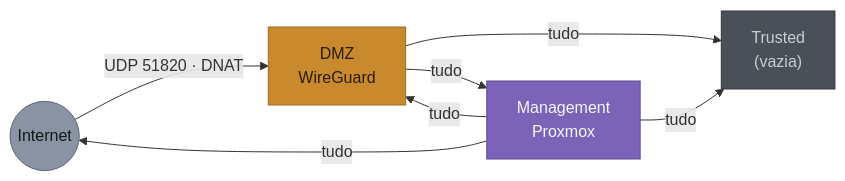
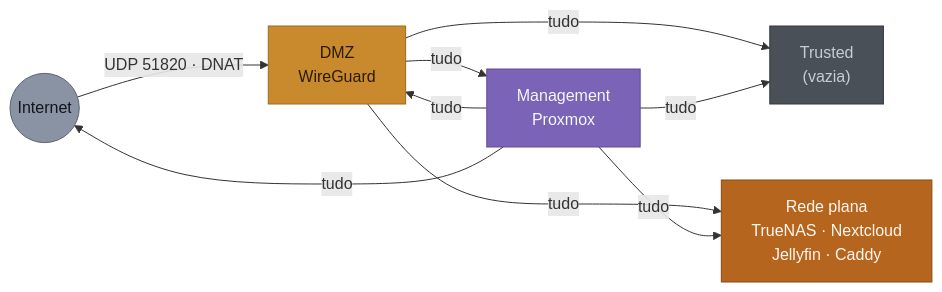
One commit to RuiGRMargarido/homelab changed the second of 5 diagrams in docs/ESQUEMA_LOGICO_REDE.md. Above: the diagram before and after it, drawn with Mermaid. The commit also changed other lines of this file and 1 other file, not shown here.

````diff
--- a/docs/ESQUEMA_LOGICO_REDE.md
+++ b/docs/ESQUEMA_LOGICO_REDE.md
@@ -224,19 +225,23 @@
 ```mermaid
 flowchart LR
     NET(("Internet")):::neut
     DMZ["DMZ<br/>WireGuard"]:::dmz
     TRU["Trusted<br/>(vazia)"]:::vazio
     MGM["Management<br/>Proxmox"]:::mgmt
+    PLA["Rede plana<br/>TrueNAS · Nextcloud<br/>Jellyfin · Caddy"]:::flat
 
     NET -- "UDP 51820 · DNAT" --> DMZ
     DMZ -- "tudo" --> TRU
     DMZ -- "tudo" --> MGM
+    DMZ -- "tudo" --> PLA
     MGM -- "tudo" --> DMZ
     MGM -- "tudo" --> TRU
+    MGM -- "tudo" --> PLA
     MGM -- "tudo" --> NET
 
     classDef neut fill:#8A93A3,stroke:#5B6472,color:#12161C
     classDef dmz fill:#C98A2E,stroke:#9C6B1F,color:#2A1B04
     classDef mgmt fill:#7B63B8,stroke:#5E4A93,color:#F5F7FA
     classDef vazio fill:#4A5058,stroke:#343941,color:#C8CDD4
+    classDef flat fill:#B5651D,stroke:#8A4A15,color:#FFF8F0
 ```
````
